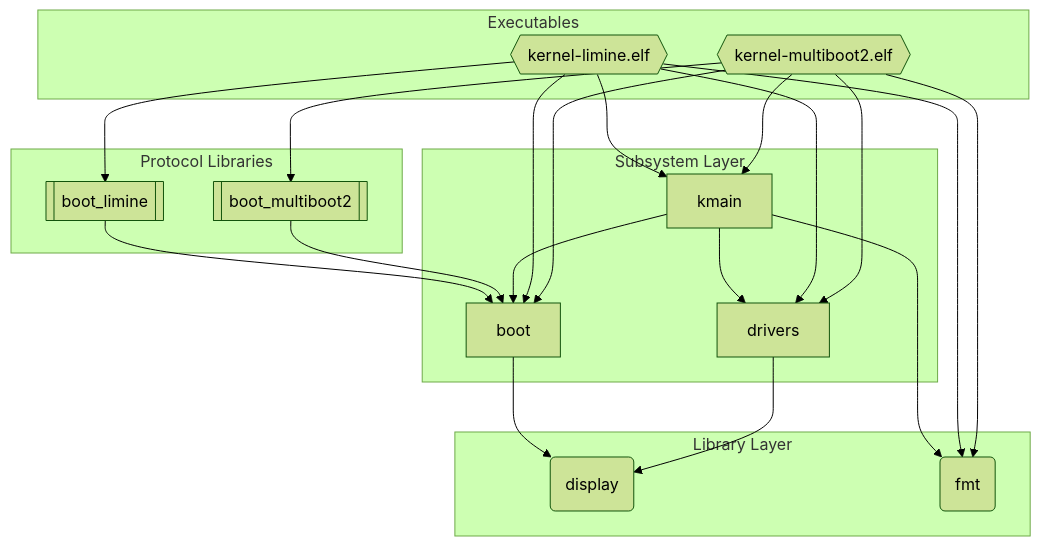
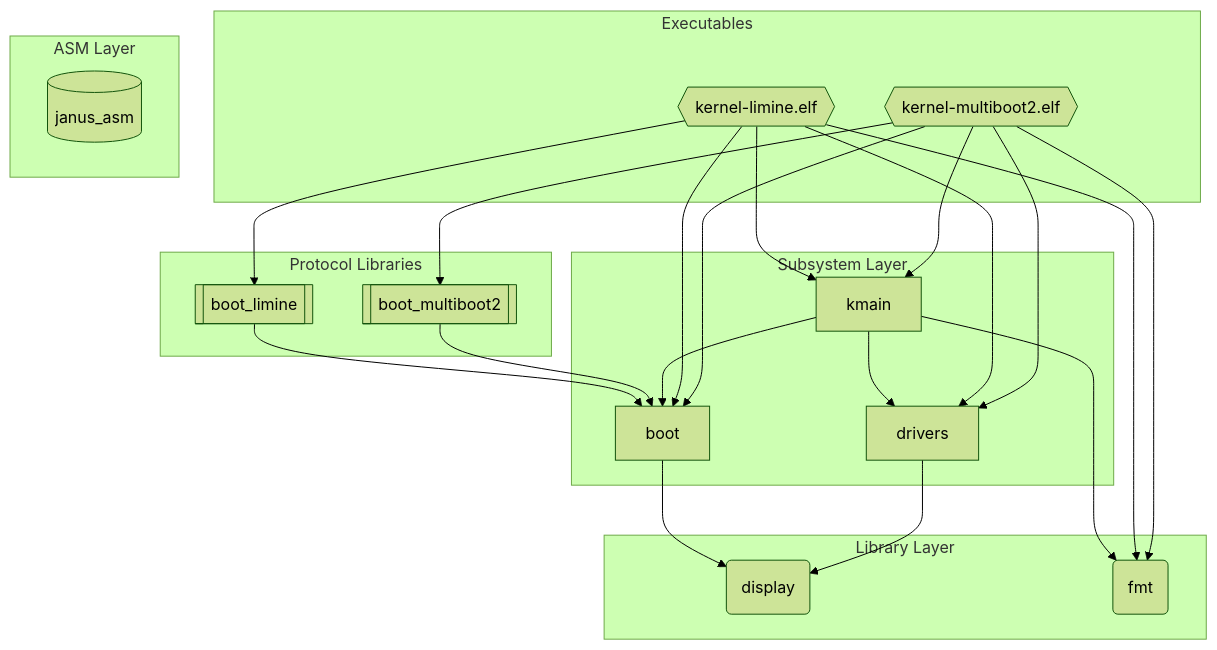
One commit to FrederikTobner/JANUS changed the diagram in docs/src/generated/deps-x86_64.md. Above: the diagram before and after it, drawn with Mermaid (forest theme). The commit also changed 34 other files, not shown here.

Commit message:
inline asm layer (#19)

````diff
--- a/docs/src/generated/deps-x86_64.md
+++ b/docs/src/generated/deps-x86_64.md
@@ -3,37 +3,40 @@
 ```mermaid
 graph TD
   subgraph lib_layer["Library Layer"]
     display("display")
     fmt("fmt")
   end
   subgraph subsys_layer["Subsystem Layer"]
     boot["boot"]
     drivers["drivers"]
     kmain["kmain"]
   end
   subgraph proto_layer["Protocol Libraries"]
     boot_limine[["boot_limine"]]
     boot_multiboot2[["boot_multiboot2"]]
   end
   subgraph exec_layer["Executables"]
     kernel_limine_elf{{"kernel-limine.elf"}}
     kernel_multiboot2_elf{{"kernel-multiboot2.elf"}}
   end
+  subgraph asm_layer["ASM Layer"]
+    janus_asm[("janus_asm")]
+  end
   boot --> display
   boot_limine --> boot
   boot_multiboot2 --> boot
   drivers --> display
   kmain --> drivers
   kmain --> boot
   kmain --> fmt
   kernel_limine_elf --> drivers
   kernel_limine_elf --> boot
   kernel_limine_elf --> fmt
   kernel_limine_elf --> boot_limine
   kernel_limine_elf --> kmain
   kernel_multiboot2_elf --> drivers
   kernel_multiboot2_elf --> boot
   kernel_multiboot2_elf --> fmt
   kernel_multiboot2_elf --> boot_multiboot2
   kernel_multiboot2_elf --> kmain
 ```
````
